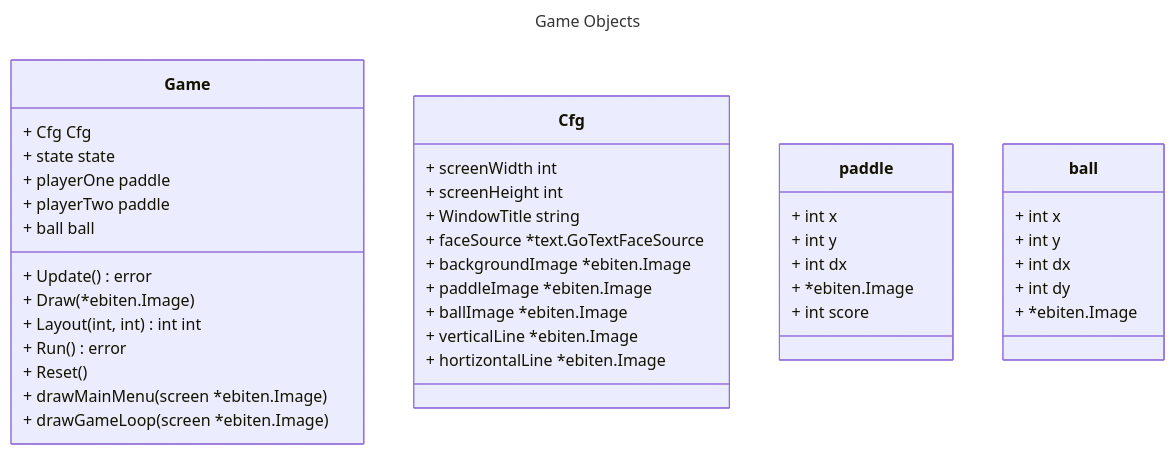
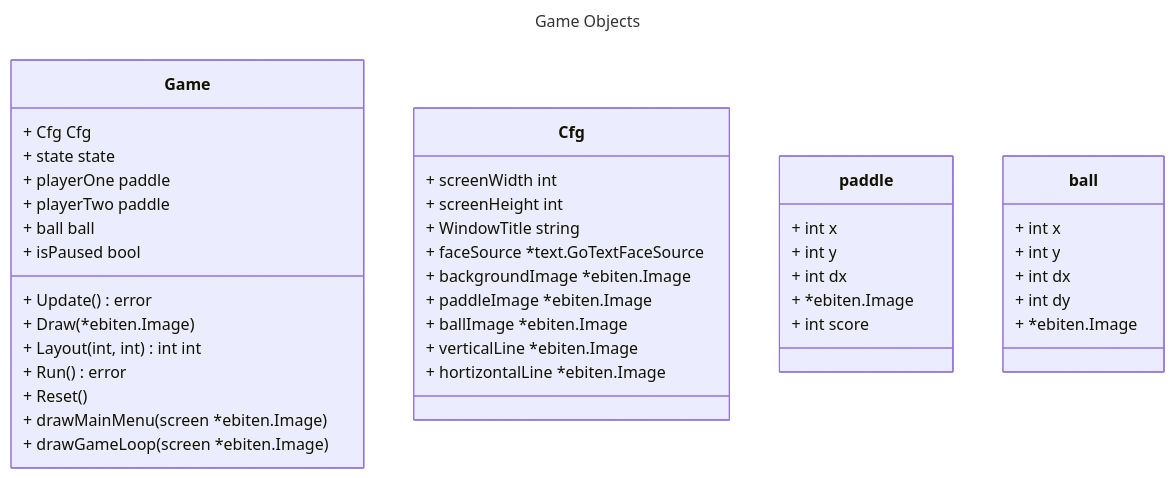
One commit to KalebHawkins/Pong changed the diagram in docs/GameObjects.md. Above: the diagram before and after it, drawn with Mermaid. The commit also changed 2 other files, not shown here.

Commit message:
add pause menu

````diff
--- a/docs/GameObjects.md
+++ b/docs/GameObjects.md
@@ -1,52 +1,52 @@
 ```mermaid
 ---
 title: Game Objects
 ---
 classDiagram
     class Game {
         + Cfg Cfg
 
         + state state
         + playerOne paddle
         + playerTwo paddle
         + ball ball
-
+        + isPaused bool
 
         + Update() error
         + Draw(*ebiten.Image)
         + Layout(int, int) int int
         + Run() error
         + Reset()
         + drawMainMenu(screen *ebiten.Image)
         + drawGameLoop(screen *ebiten.Image)
     }
 
     class Cfg {
         + screenWidth int
         + screenHeight int
         + WindowTitle string
         + faceSource *text.GoTextFaceSource
         + backgroundImage *ebiten.Image
         + paddleImage *ebiten.Image
         + ballImage *ebiten.Image
         + verticalLine *ebiten.Image
         + hortizontalLine *ebiten.Image
     }
 
     class paddle {
         + int x
         + int y
         + int dx
         + *ebiten.Image
         + int score
     }
 
     class ball {
         + int x
         + int y
         + int dx
         + int dy
         + *ebiten.Image
     }
 
 ```
````
